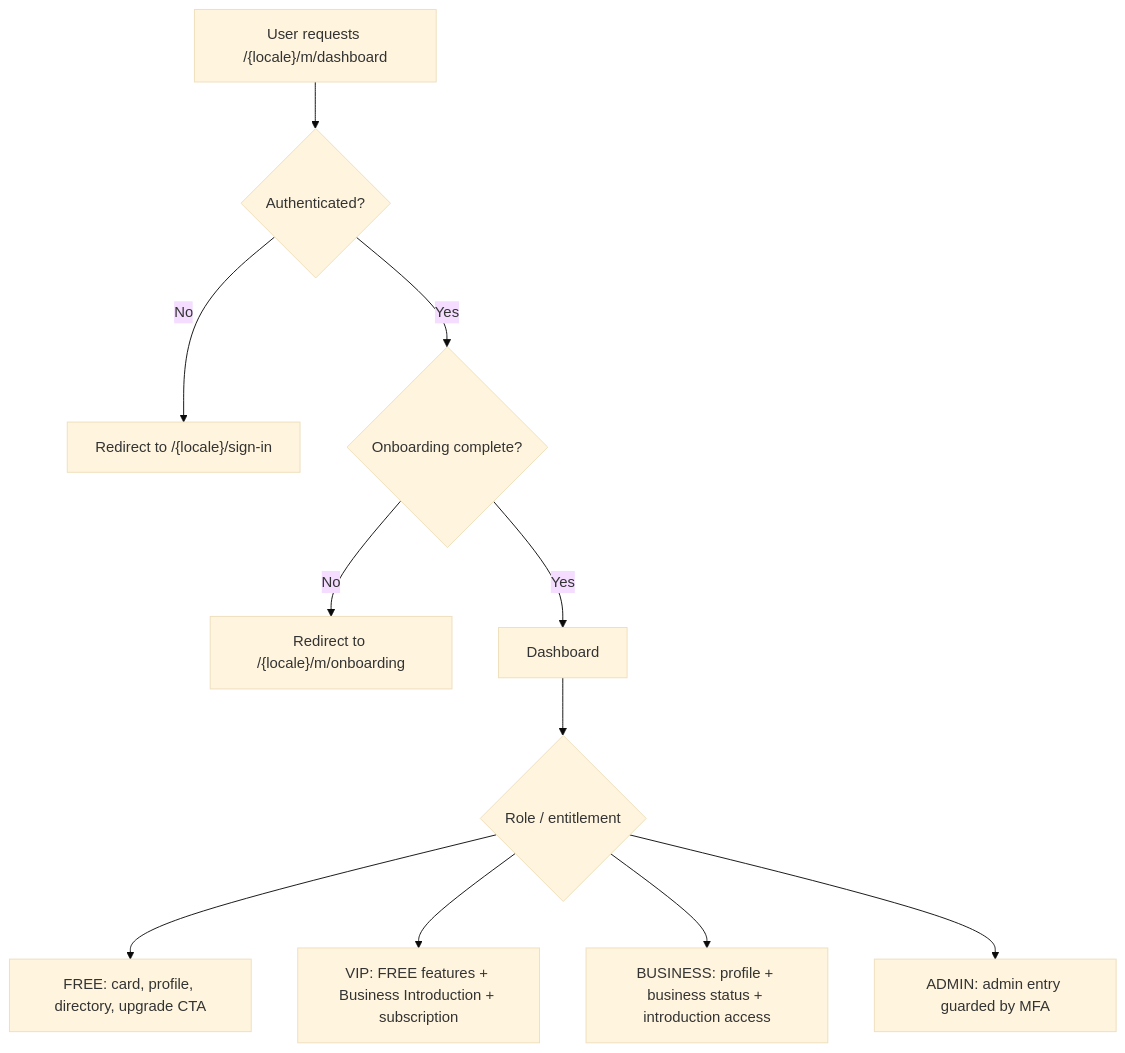
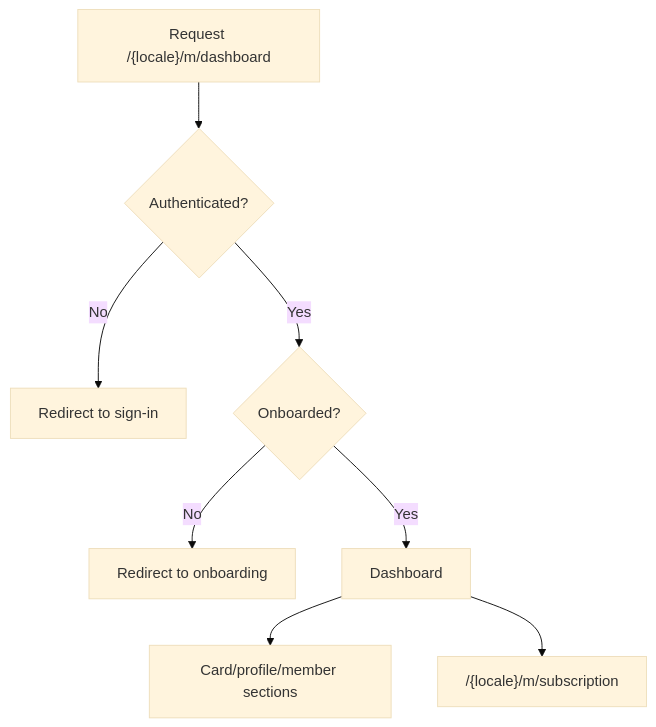
The third of 7 diagrams in docs/user-flows.md (GeorgiySergeev/kylyvnyk-buisness-club), drawn with Mermaid (base theme) before and after one commit. The commit also changed other lines of this file and 15 other files, not shown here.

````diff
--- a/docs/user-flows.md
+++ b/docs/user-flows.md
@@ -107,14 +57,10 @@
 ```mermaid
 flowchart TD
-  A["User requests /{locale}/m/dashboard"] --> B{"Authenticated?"}
-  B -- "No" --> C["Redirect to /{locale}/sign-in"]
-  B -- "Yes" --> D{"Onboarding complete?"}
-  D -- "No" --> E["Redirect to /{locale}/m/onboarding"]
+  A["Request /{locale}/m/dashboard"] --> B{"Authenticated?"}
+  B -- "No" --> C["Redirect to sign-in"]
+  B -- "Yes" --> D{"Onboarded?"}
+  D -- "No" --> E["Redirect to onboarding"]
   D -- "Yes" --> F["Dashboard"]
-
-  F --> G{"Role / entitlement"}
-  G --> H["FREE: card, profile, directory, upgrade CTA"]
-  G --> I["VIP: FREE features + Business Introduction + subscription"]
-  G --> J["BUSINESS: profile + business status + introduction access"]
-  G --> K["ADMIN: admin entry guarded by MFA"]
+  F --> G["Card/profile/member sections"]
+  F --> H["/{locale}/m/subscription"]
 ```
````
